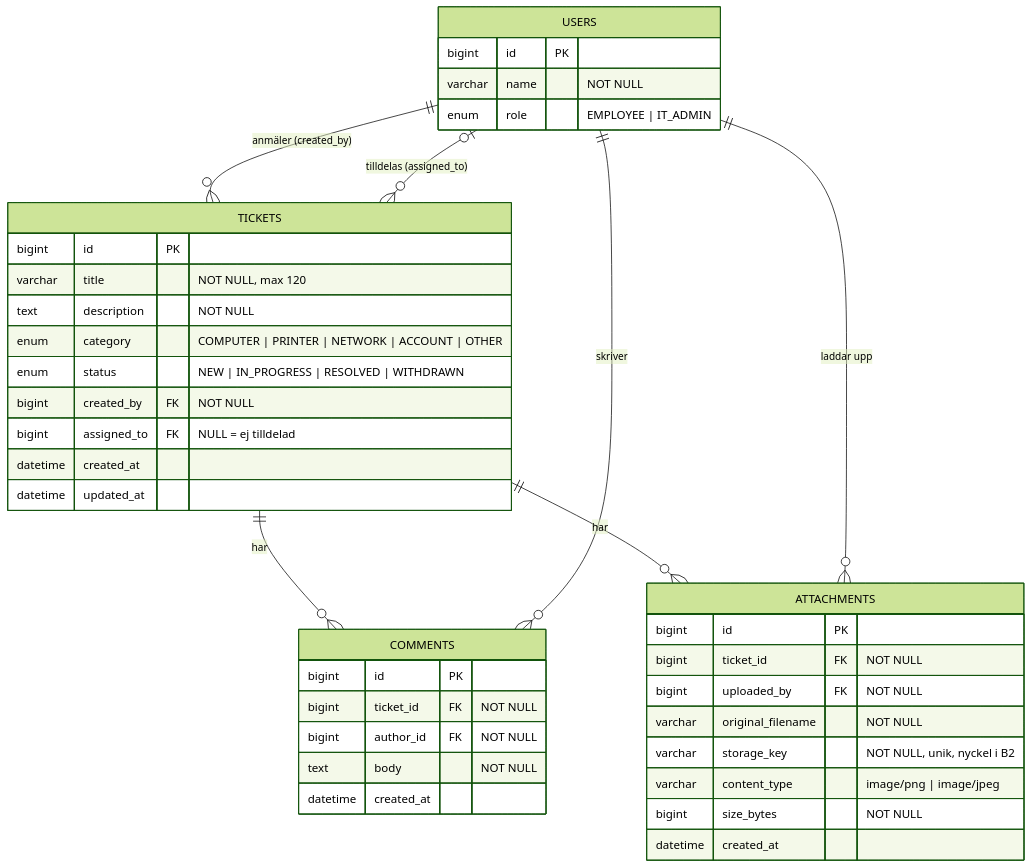
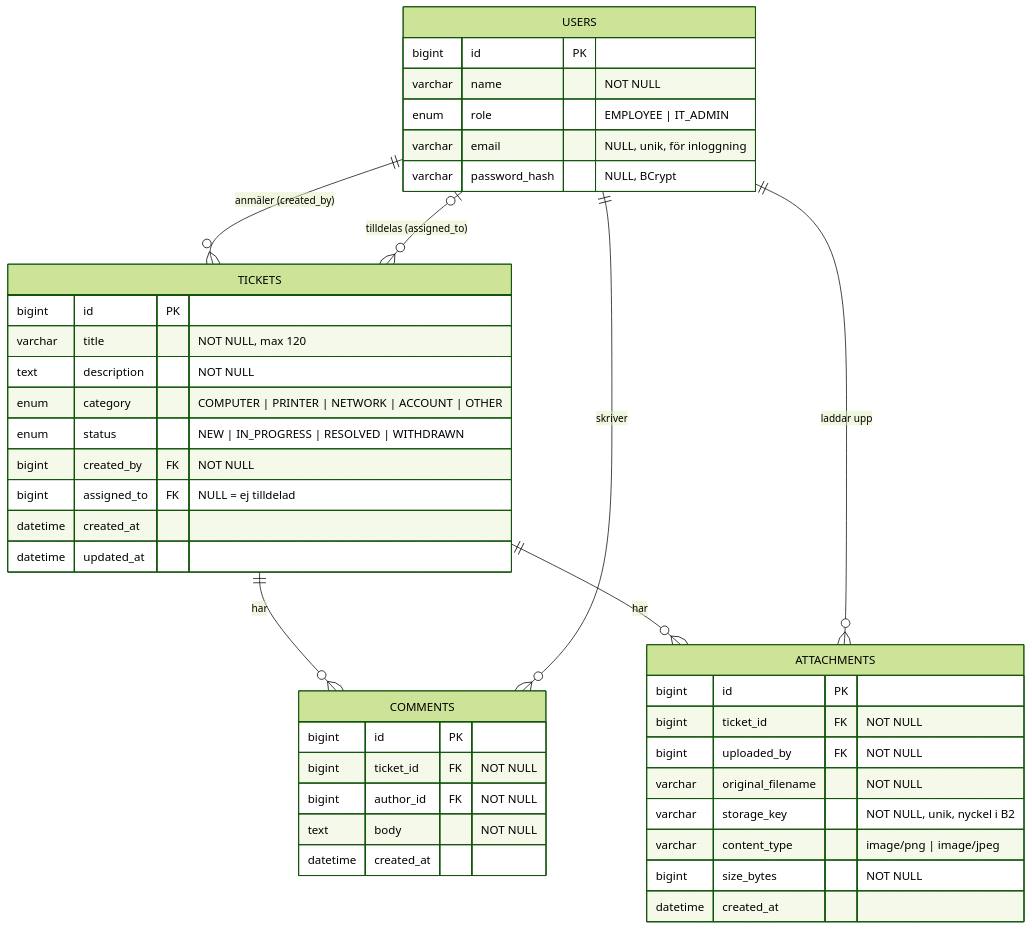
The diagram in docs/databasschema.md (theBANDsoftware/Helpdesk_BANMD), drawn with Mermaid (forest theme) before and after one commit. The commit also changed other lines of this file and 41 other files, not shown here.

````diff
--- a/docs/databasschema.md
+++ b/docs/databasschema.md
@@ -11,43 +11,45 @@
 ```mermaid
 erDiagram
     USERS ||--o{ TICKETS : "anmäler (created_by)"
     USERS |o--o{ TICKETS : "tilldelas (assigned_to)"
     TICKETS ||--o{ COMMENTS : har
     USERS ||--o{ COMMENTS : skriver
     TICKETS ||--o{ ATTACHMENTS : har
     USERS ||--o{ ATTACHMENTS : "laddar upp"
 
     USERS {
         bigint id PK
         varchar name "NOT NULL"
         enum role "EMPLOYEE | IT_ADMIN"
+        varchar email "NULL, unik, för inloggning"
+        varchar password_hash "NULL, BCrypt"
     }
     TICKETS {
         bigint id PK
         varchar title "NOT NULL, max 120"
         text description "NOT NULL"
         enum category "COMPUTER | PRINTER | NETWORK | ACCOUNT | OTHER"
         enum status "NEW | IN_PROGRESS | RESOLVED | WITHDRAWN"
         bigint created_by FK "NOT NULL"
         bigint assigned_to FK "NULL = ej tilldelad"
         datetime created_at
         datetime updated_at
     }
     COMMENTS {
         bigint id PK
         bigint ticket_id FK "NOT NULL"
         bigint author_id FK "NOT NULL"
         text body "NOT NULL"
         datetime created_at
     }
     ATTACHMENTS {
         bigint id PK
         bigint ticket_id FK "NOT NULL"
         bigint uploaded_by FK "NOT NULL"
         varchar original_filename "NOT NULL"
         varchar storage_key "NOT NULL, unik, nyckel i B2"
         varchar content_type "image/png | image/jpeg"
         bigint size_bytes "NOT NULL"
         datetime created_at
     }
 ```
````
